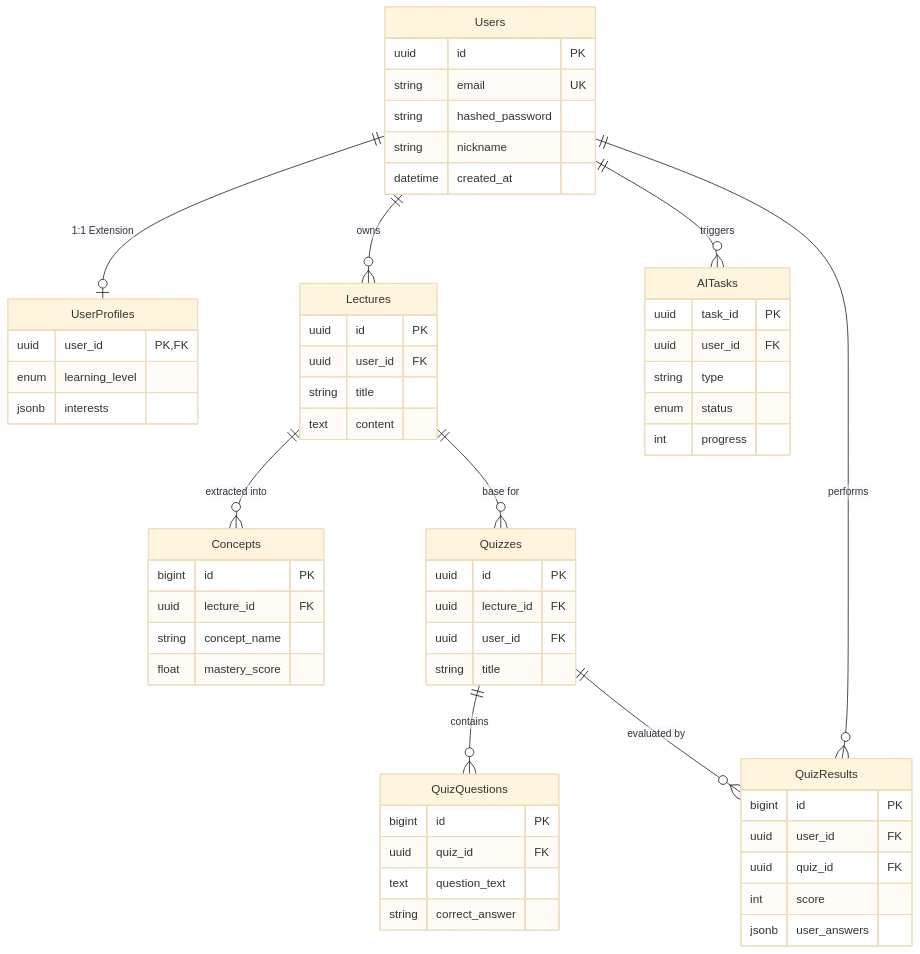
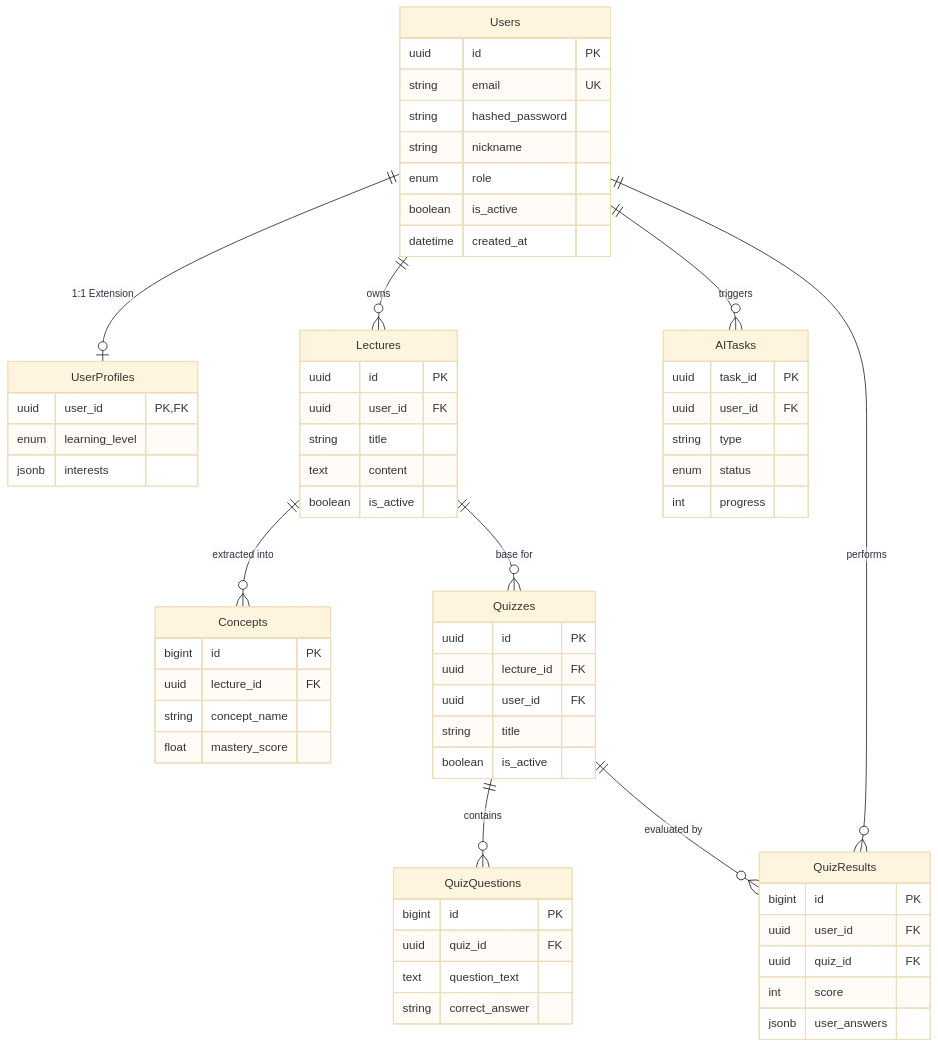
Before and after one commit to Mutsa-Rocketdan/Backend-API: the diagram in docs/database_schema.md, drawn with Mermaid (base theme). The commit also changed other lines of this file and 2 other files, not shown here.

Commit message:
docs: update README and database schema with RBAC/SoftDelete info

````diff
--- a/docs/database_schema.md
+++ b/docs/database_schema.md
@@ -28,64 +28,68 @@
 ```mermaid
 erDiagram
     Users ||--o| UserProfiles : "1:1 Extension"
     Users ||--o{ Lectures : "owns"
     Users ||--o{ AITasks : "triggers"
     Users ||--o{ QuizResults : "performs"
     
     Lectures ||--o{ Concepts : "extracted into"
     Lectures ||--o{ Quizzes : "base for"
     
     Quizzes ||--o{ QuizQuestions : "contains"
     Quizzes ||--o{ QuizResults : "evaluated by"
 
     Users {
         uuid id PK
         string email UK
         string hashed_password
         string nickname
+        enum role
+        boolean is_active
         datetime created_at
     }
     UserProfiles {
         uuid user_id PK, FK
         enum learning_level
         jsonb interests
     }
     Lectures {
         uuid id PK
         uuid user_id FK
         string title
         text content
+        boolean is_active
     }
     Concepts {
         bigint id PK
         uuid lecture_id FK
         string concept_name
         float mastery_score
     }
     AITasks {
         uuid task_id PK
         uuid user_id FK
         string type
         enum status
         int progress
     }
     Quizzes {
         uuid id PK
         uuid lecture_id FK
         uuid user_id FK
         string title
+        boolean is_active
     }
     QuizQuestions {
         bigint id PK
         uuid quiz_id FK
         text question_text
         string correct_answer
     }
     QuizResults {
         bigint id PK
         uuid user_id FK
         uuid quiz_id FK
         int score
         jsonb user_answers
     }
 ```
````
